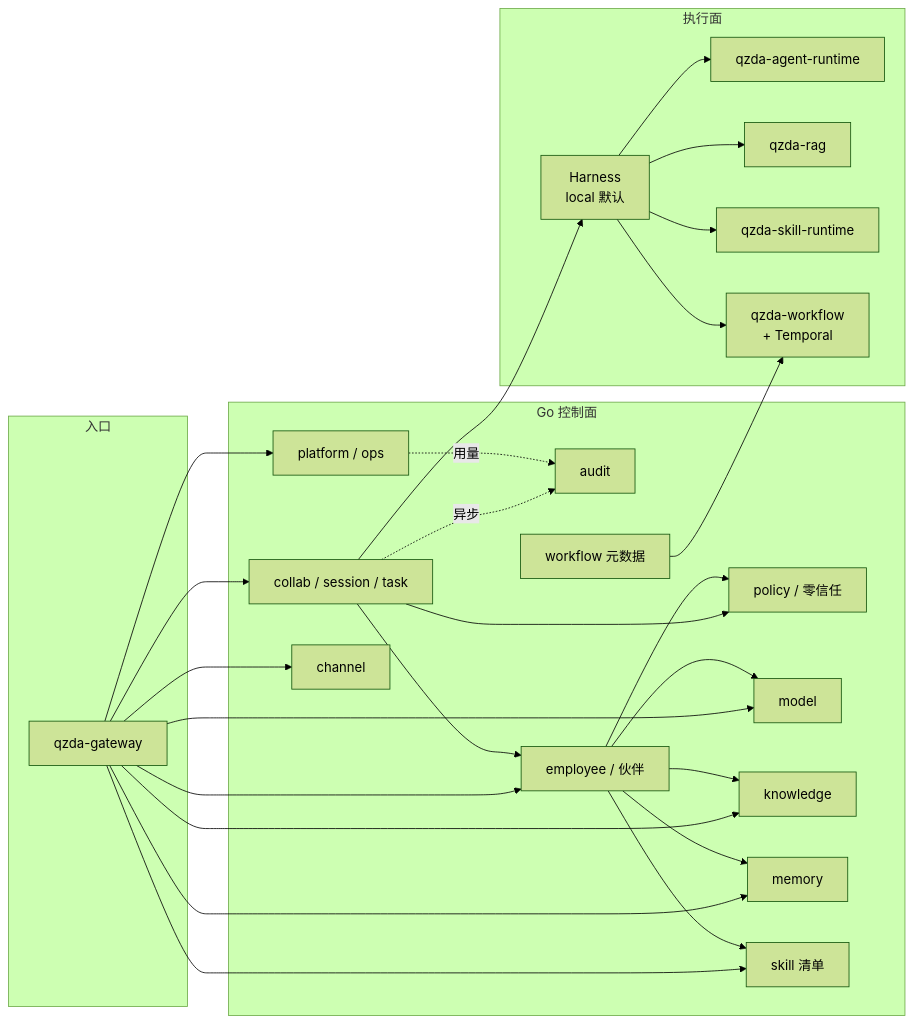
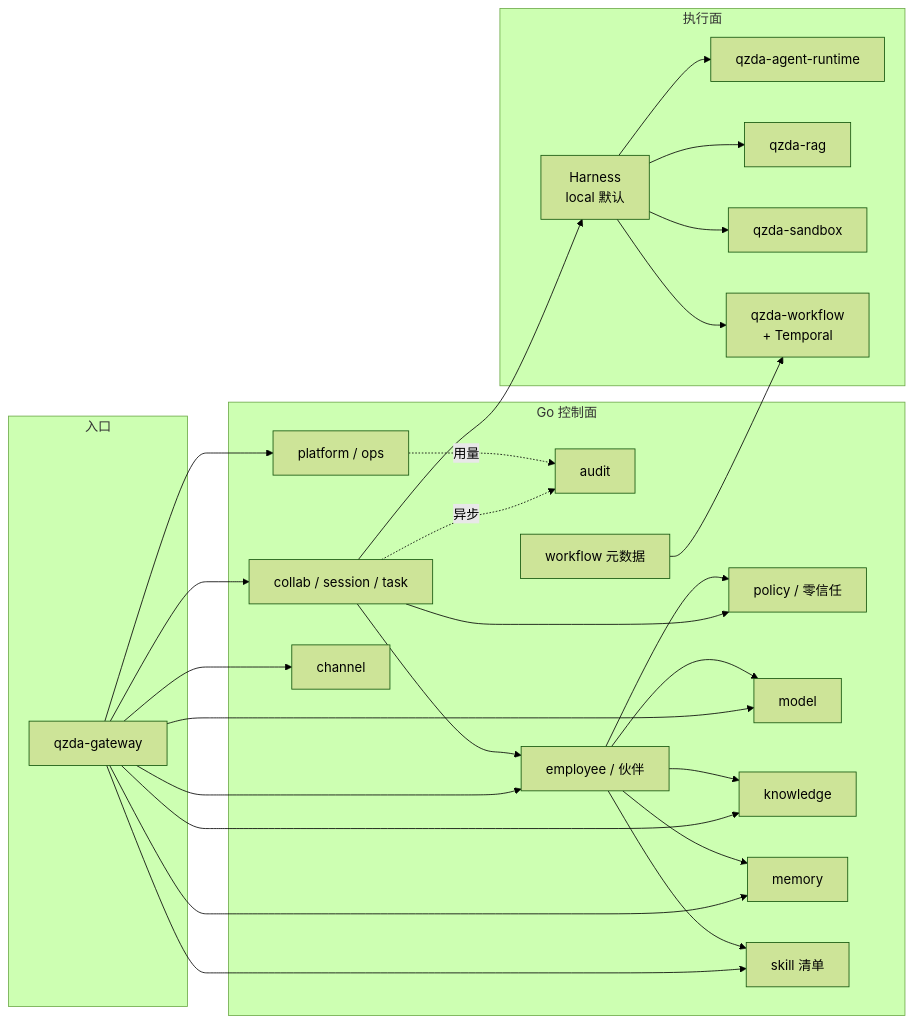
One commit to Lianjifu/QiZhiDaPartnerPlatform changed the second of 3 diagrams in backend/README.md. Above: the diagram before and after it, drawn with Mermaid (forest theme). The commit also changed other lines of this file and 69 other files, not shown here.

````diff
--- a/backend/README.md
+++ b/backend/README.md
@@ -108,48 +108,48 @@
 ```mermaid
 flowchart LR
   subgraph Gateway["入口"]
     GW[qzda-gateway]
   end
 
   subgraph Control["Go 控制面"]
     PLAT[platform / ops]
     POL[policy / 零信任]
     AUD[audit]
     COLL[collab / session / task]
     EMP[employee / 伙伴]
     MOD[model]
     KNOW[knowledge]
     MEM[memory]
     SKILL_META[skill 清单]
     CHAN[channel]
     FLOW_META[workflow 元数据]
   end
 
   subgraph Exec["执行面"]
     HARN[Harness<br/>local 默认]
     AGENT[qzda-agent-runtime]
     RAG[qzda-rag]
-    SKRT[qzda-skill-runtime]
+    SKRT[qzda-sandbox]
     TEMP[qzda-workflow<br/>+ Temporal]
   end
 
   GW --> PLAT
   GW --> COLL
   GW --> EMP
   GW --> MOD & KNOW & MEM & SKILL_META & CHAN
 
   COLL --> POL
   EMP --> POL
   COLL --> EMP
   EMP --> MOD & KNOW & MEM & SKILL_META
 
   COLL --> HARN
   HARN --> AGENT
   HARN --> RAG
   HARN --> SKRT
   HARN --> TEMP
   FLOW_META --> TEMP
 
   COLL -.异步.-> AUD
   PLAT -.用量.-> AUD
 ```
````
